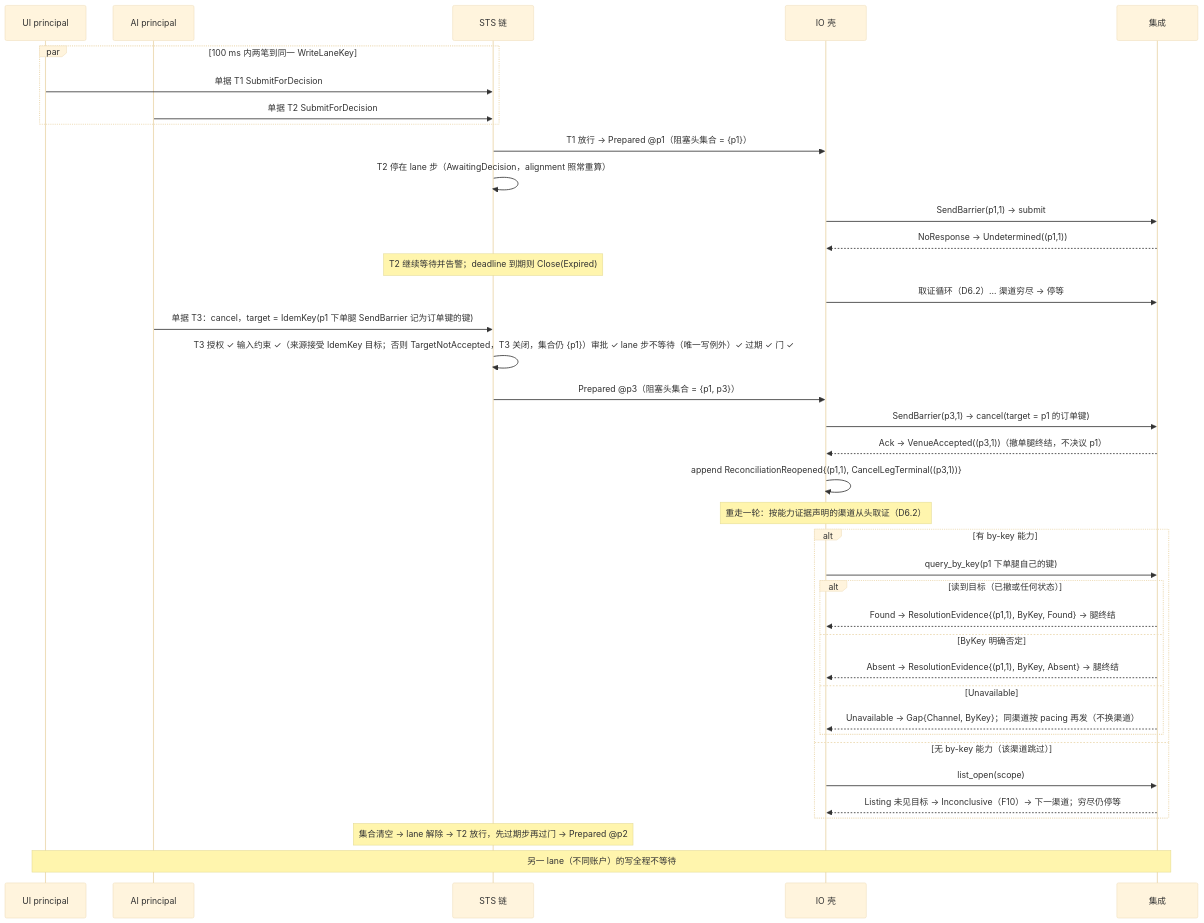
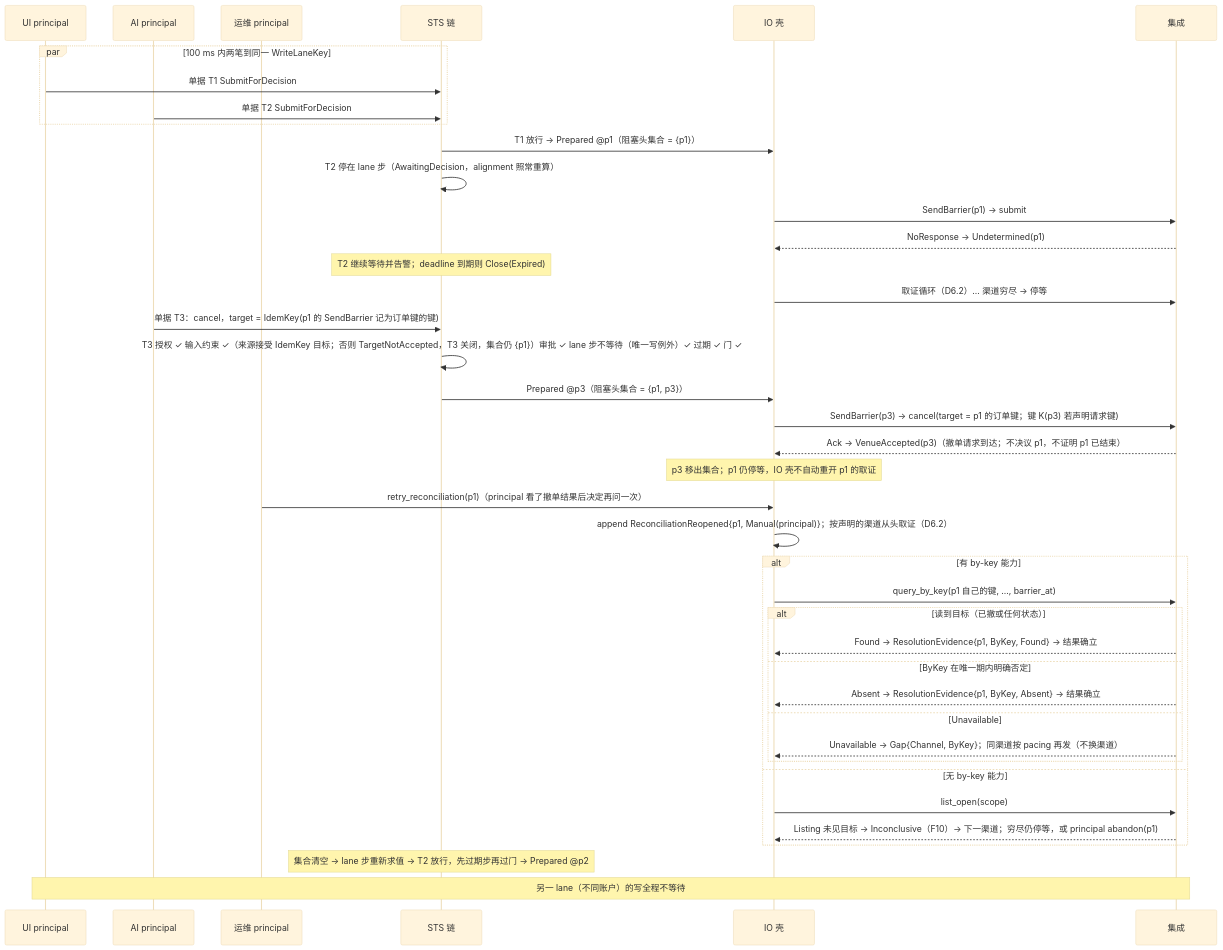
The seventh of 7 diagrams in design/diagrams/06-io-shell-attempt.md (mouriya-s-lab/uta), drawn with Mermaid (base theme) before and after one commit. The commit also changed other lines of this file and 12 other files, not shown here.

Commit message:
design: write redraw — single-write attempts (atomic Replace or Unsupported), abandon replaces resolve, NotSent, capability-not-established wait, core-minted keys, RuleState as fold, integration-judged key windows, no core call timeout

````diff
--- a/design/diagrams/06-io-shell-attempt.md
+++ b/design/diagrams/06-io-shell-attempt.md
@@ -262,40 +265,42 @@
 ```mermaid
 sequenceDiagram
   participant UI as UI principal
   participant AI as AI principal
+  participant OP as 运维 principal
   participant S as STS 链
   participant IO as IO 壳
   participant I as 集成
   par 100 ms 内两笔到同一 WriteLaneKey
     UI->>S: 单据 T1 SubmitForDecision
     AI->>S: 单据 T2 SubmitForDecision
   end
   S->>IO: T1 放行 → Prepared @p1（阻塞头集合 = {p1}）
   S->>S: T2 停在 lane 步（AwaitingDecision，alignment 照常重算）
-  IO->>I: SendBarrier(p1,1) → submit
-  I-->>IO: NoResponse → Undetermined((p1,1))
+  IO->>I: SendBarrier(p1) → submit
+  I-->>IO: NoResponse → Undetermined(p1)
   Note over S: T2 继续等待并告警；deadline 到期则 Close(Expired)
   IO->>I: 取证循环（D6.2）… 渠道穷尽 → 停等
-  AI->>S: 单据 T3：cancel，target = IdemKey(p1 下单腿 SendBarrier 记为订单键的键)
+  AI->>S: 单据 T3：cancel，target = IdemKey(p1 的 SendBarrier 记为订单键的键)
   S->>S: T3 授权 ✓ 输入约束 ✓（来源接受 IdemKey 目标；否则 TargetNotAccepted，T3 关闭，集合仍 {p1}）审批 ✓ lane 步不等待（唯一写例外）✓ 过期 ✓ 门 ✓
   S->>IO: Prepared @p3（阻塞头集合 = {p1, p3}）
-  IO->>I: SendBarrier(p3,1) → cancel(target = p1 的订单键)
-  I-->>IO: Ack → VenueAccepted((p3,1))（撤单腿终结，不决议 p1）
-  IO->>IO: append ReconciliationReopened{(p1,1), CancelLegTerminal((p3,1))}
-  Note over IO: 重走一轮：按能力证据声明的渠道从头取证（D6.2）
+  IO->>I: SendBarrier(p3) → cancel(target = p1 的订单键；键 K(p3) 若声明请求键)
+  I-->>IO: Ack → VenueAccepted(p3)（撤单请求到达；不决议 p1，不证明 p1 已结束）
+  Note over IO: p3 移出集合；p1 仍停等，IO 壳不自动重开 p1 的取证
+  OP->>IO: retry_reconciliation(p1)（principal 看了撤单结果后决定再问一次）
+  IO->>IO: append ReconciliationReopened{p1, Manual(principal)}；按声明的渠道从头取证（D6.2）
   alt 有 by-key 能力
-    IO->>I: query_by_key(p1 下单腿自己的键)
+    IO->>I: query_by_key(p1 自己的键, …, barrier_at)
     alt 读到目标（已撤或任何状态）
-      I-->>IO: Found → ResolutionEvidence{(p1,1), ByKey, Found} → 腿终结
-    else ByKey 明确否定
-      I-->>IO: Absent → ResolutionEvidence{(p1,1), ByKey, Absent} → 腿终结
+      I-->>IO: Found → ResolutionEvidence{p1, ByKey, Found} → 结果确立
+    else ByKey 在唯一期内明确否定
+      I-->>IO: Absent → ResolutionEvidence{p1, ByKey, Absent} → 结果确立
     else Unavailable
       I-->>IO: Unavailable → Gap{Channel, ByKey}；同渠道按 pacing 再发（不换渠道）
     end
-  else 无 by-key 能力（该渠道跳过）
+  else 无 by-key 能力
     IO->>I: list_open(scope)
-    I-->>IO: Listing 未见目标 → Inconclusive（F10）→ 下一渠道；穷尽仍停等
+    I-->>IO: Listing 未见目标 → Inconclusive（F10）→ 下一渠道；穷尽仍停等，或 principal abandon(p1)
   end
-  Note over S: 集合清空 → lane 解除 → T2 放行，先过期步再过门 → Prepared @p2
+  Note over S: 集合清空 → lane 步重新求值 → T2 放行，先过期步再过门 → Prepared @p2
   Note over UI,I: 另一 lane（不同账户）的写全程不等待
 ```
````
